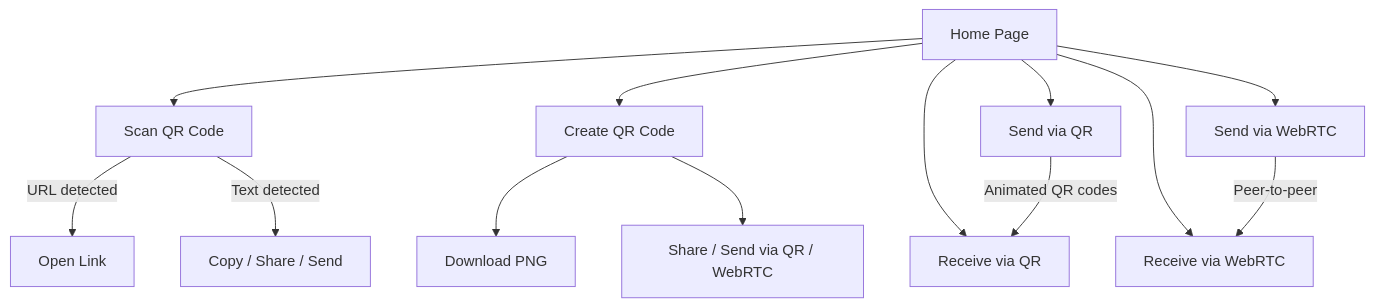
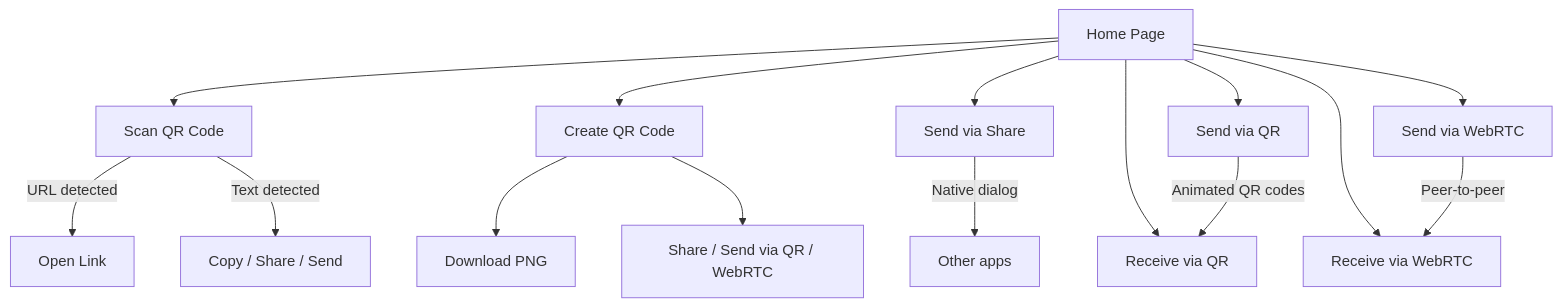
One commit to s-celles/QRShare changed the first of 3 diagrams in docs/en-user-guide.md. Above: the diagram before and after it, drawn with Mermaid. The commit also changed other lines of this file and 9 other files, not shown here.

First line of the commit message:
feat: add Send (Share) mode for native file sharing via Web Share API

````diff
--- a/docs/en-user-guide.md
+++ b/docs/en-user-guide.md
@@ -15,17 +16,19 @@
 ```mermaid
 flowchart TD
     Home[Home Page]
     Home --> Scan[Scan QR Code]
     Home --> Create[Create QR Code]
+    Home --> SendShare[Send via Share]
     Home --> SendQR[Send via QR]
     Home --> RecvQR[Receive via QR]
     Home --> SendWR[Send via WebRTC]
     Home --> RecvWR[Receive via WebRTC]
 
     Scan --> |URL detected| Link[Open Link]
     Scan --> |Text detected| Copy[Copy / Share / Send]
     Create --> Download[Download PNG]
     Create --> Share[Share / Send via QR / WebRTC]
+    SendShare --> |Native dialog| Apps[Other apps]
     SendQR --> |Animated QR codes| RecvQR
     SendWR --> |Peer-to-peer| RecvWR
 ```
````
